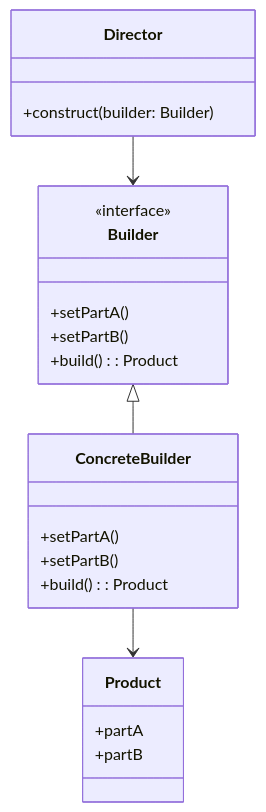
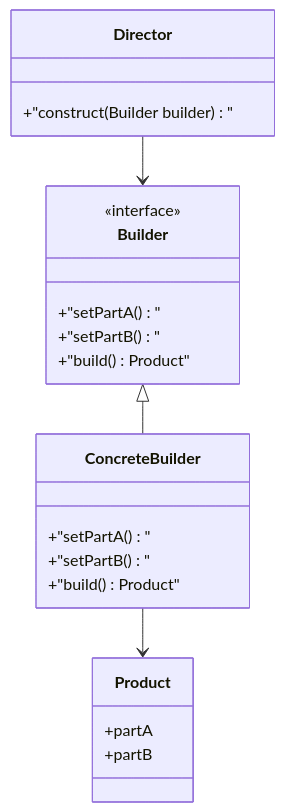
One commit to 42jerrykim/42jerrykim.github.io changed the third of 5 diagrams in content/post/2024/2024-08-22-builder/index.md. Above: the diagram before and after it, drawn with Mermaid. The commit also changed other lines of this file and 239 other files, not shown here.

````diff
--- a/content/post/2024/2024-08-22-builder/index.md
+++ b/content/post/2024/2024-08-22-builder/index.md
@@ -335,25 +359,24 @@
 ```mermaid
 classDiagram
     class Director {
-        +construct(builder: Builder)
+        +"construct(Builder builder)"
     }
     class Builder {
         <<interface>>
-        +setPartA()
-        +setPartB()
-        +build(): Product
+        +"setPartA()"
+        +"setPartB()"
+        +"build() Product"
     }
     class ConcreteBuilder {
-        +setPartA()
-        +setPartB()
-        +build(): Product
+        +"setPartA()"
+        +"setPartB()"
+        +"build() Product"
     }
     class Product {
         +partA
         +partB
     }
-
     Director --> Builder
     Builder <|-- ConcreteBuilder
     ConcreteBuilder --> Product
 ```
````
